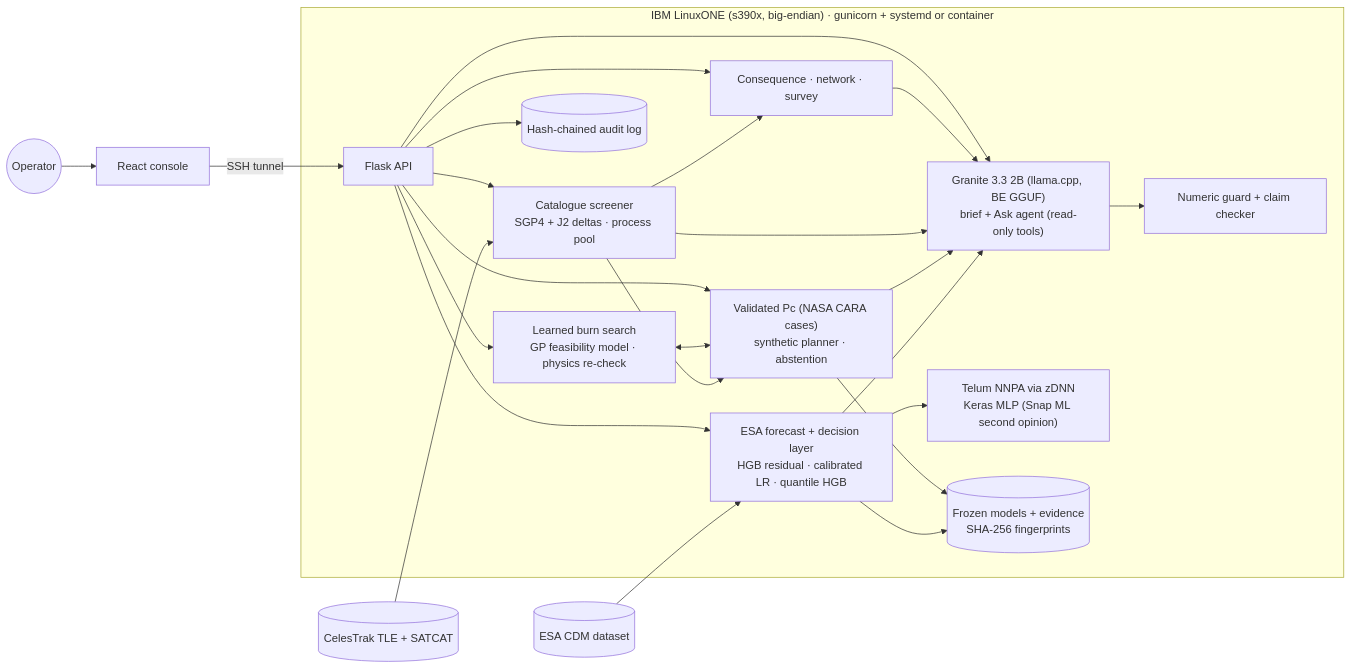
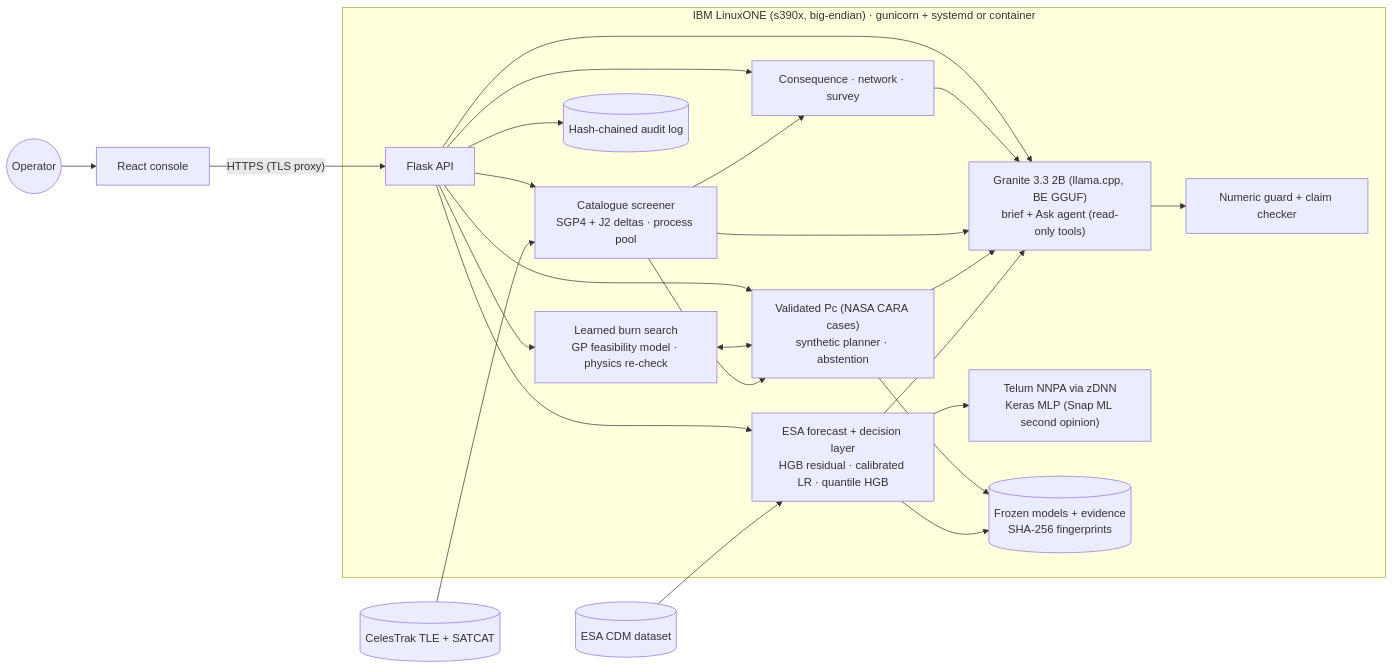
Before and after one commit to ryash072007/Datathon2-OrbitGuard: the diagram in README.md, drawn with Mermaid. The commit also changed other lines of this file, not shown here.

Commit message:
readme: trim commands list, merge duplicate bullet, fix diagram label

````diff
--- a/README.md
+++ b/README.md
@@ -149,28 +148,28 @@
 ```mermaid
 flowchart LR
   subgraph L1["IBM LinuxONE (s390x, big-endian) · gunicorn + systemd or container"]
     API[Flask API]:::svc
     ML["ESA forecast + decision layer<br/>HGB residual · calibrated LR · quantile HGB"]
     PH["Validated Pc (NASA CARA cases)<br/>synthetic planner · abstention"]
     CAT["Catalogue screener<br/>SGP4 + J2 deltas · process pool"]
     CON["Consequence · network · survey"]
     OPT["Learned burn search<br/>GP feasibility model · physics re-check"]
     LLM["Granite 3.3 2B (llama.cpp, BE GGUF)<br/>brief + Ask agent (read-only tools)"]
     GRD["Numeric guard + claim checker"]
     NN["Telum NNPA via zDNN<br/>Keras MLP (Snap ML second opinion)"]
     AUD[("Hash-chained audit log")]
     ART[("Frozen models + evidence<br/>SHA-256 fingerprints")]
   end
   ESA[(ESA CDM dataset)] --> ML
   CT[(CelesTrak TLE + SATCAT)] --> CAT
   CAT --> PH
   CAT --> CON
   OPT <--> PH
   ML --> NN
   ML & PH & CAT & CON --> LLM
   LLM --> GRD
   API --> ML & PH & OPT & CAT & CON & LLM & AUD
   ML & PH --> ART
-  UI[React console] -- SSH tunnel --> API
+  UI[React console] -- "HTTPS (TLS proxy)" --> API
   OP((Operator)) --> UI
 ```
````
